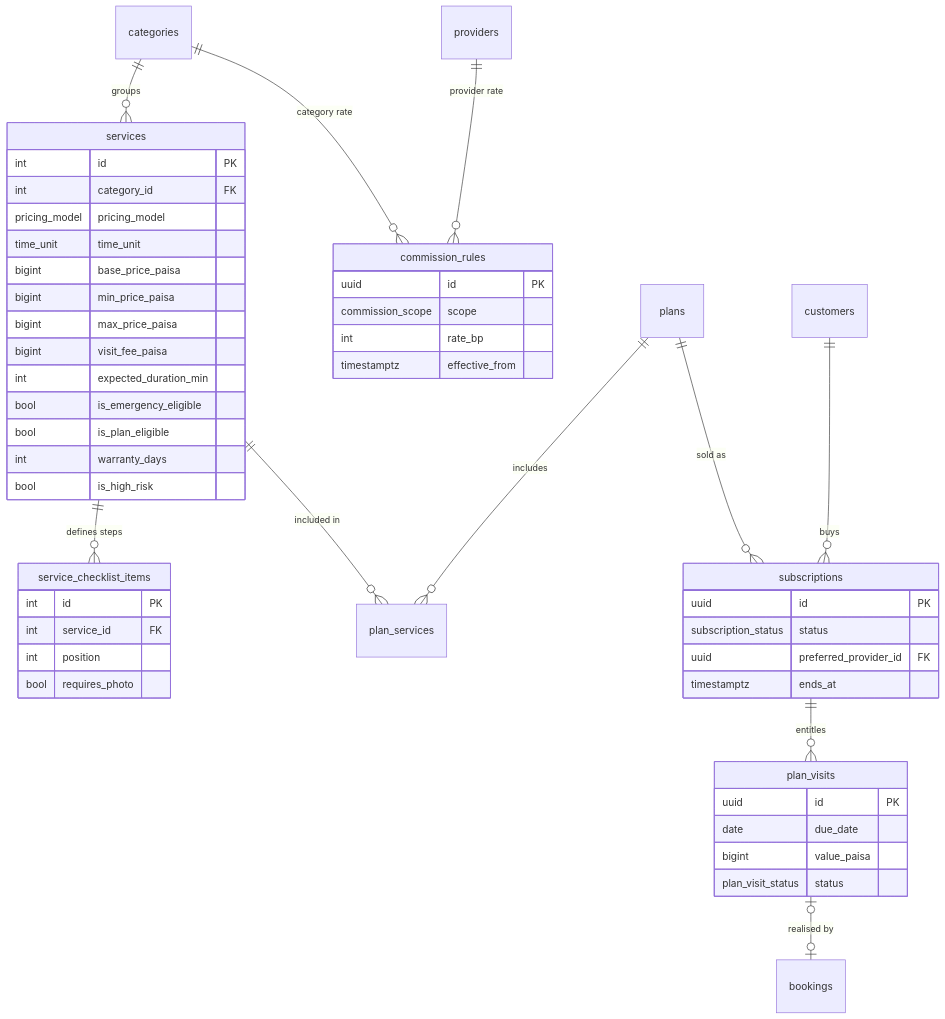
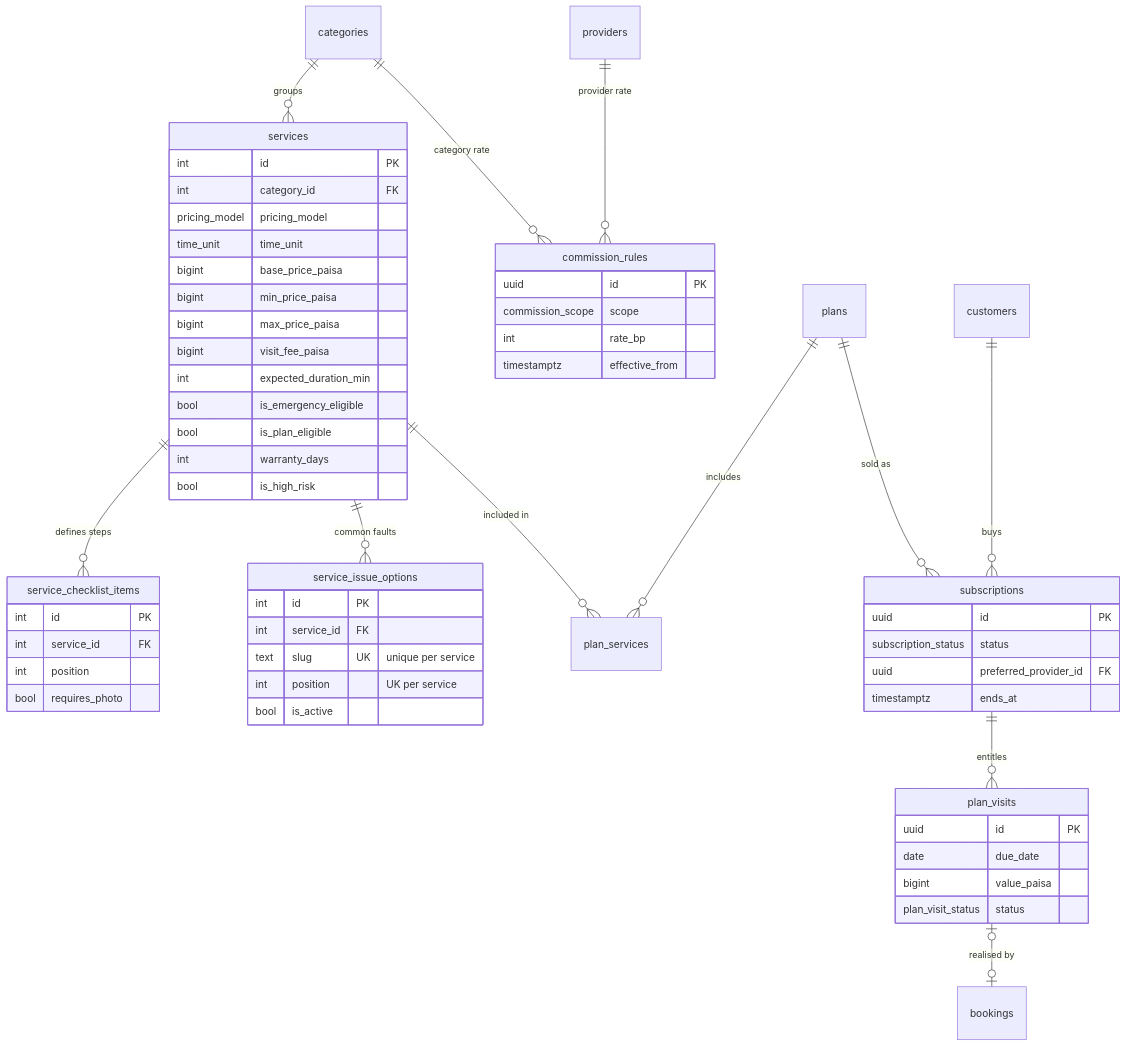
Before and after one commit to ddesignagencyco/HMS: the third of 8 diagrams in docs-final/ERD.md, drawn with Mermaid. The commit also changed other lines of this file and 35 other files, not shown here.

````diff
--- a/docs-final/ERD.md
+++ b/docs-final/ERD.md
@@ -117,53 +117,61 @@
 ```mermaid
 erDiagram
   categories ||--o{ services : groups
   services ||--o{ service_checklist_items : "defines steps"
+  services ||--o{ service_issue_options : "common faults"
   categories ||--o{ commission_rules : "category rate"
   providers ||--o{ commission_rules : "provider rate"
   plans ||--o{ plan_services : includes
   services ||--o{ plan_services : "included in"
   customers ||--o{ subscriptions : buys
   plans ||--o{ subscriptions : "sold as"
   subscriptions ||--o{ plan_visits : entitles
   plan_visits |o--o| bookings : "realised by"
 
   services {
     int id PK
     int category_id FK
     pricing_model pricing_model
     time_unit time_unit
     bigint base_price_paisa
     bigint min_price_paisa
     bigint max_price_paisa
     bigint visit_fee_paisa
     int expected_duration_min
     bool is_emergency_eligible
     bool is_plan_eligible
     int warranty_days
     bool is_high_risk
   }
   service_checklist_items {
     int id PK
     int service_id FK
     int position
     bool requires_photo
   }
+  service_issue_options {
+    int id PK
+    int service_id FK
+    text slug UK "unique per service"
+    int position "UK per service"
+    bool is_active
+  }
   commission_rules {
     uuid id PK
     commission_scope scope
     int rate_bp
     timestamptz effective_from
   }
   subscriptions {
     uuid id PK
     subscription_status status
     uuid preferred_provider_id FK
     timestamptz ends_at
   }
   plan_visits {
     uuid id PK
     date due_date
     bigint value_paisa
     plan_visit_status status
   }
 ```
````
